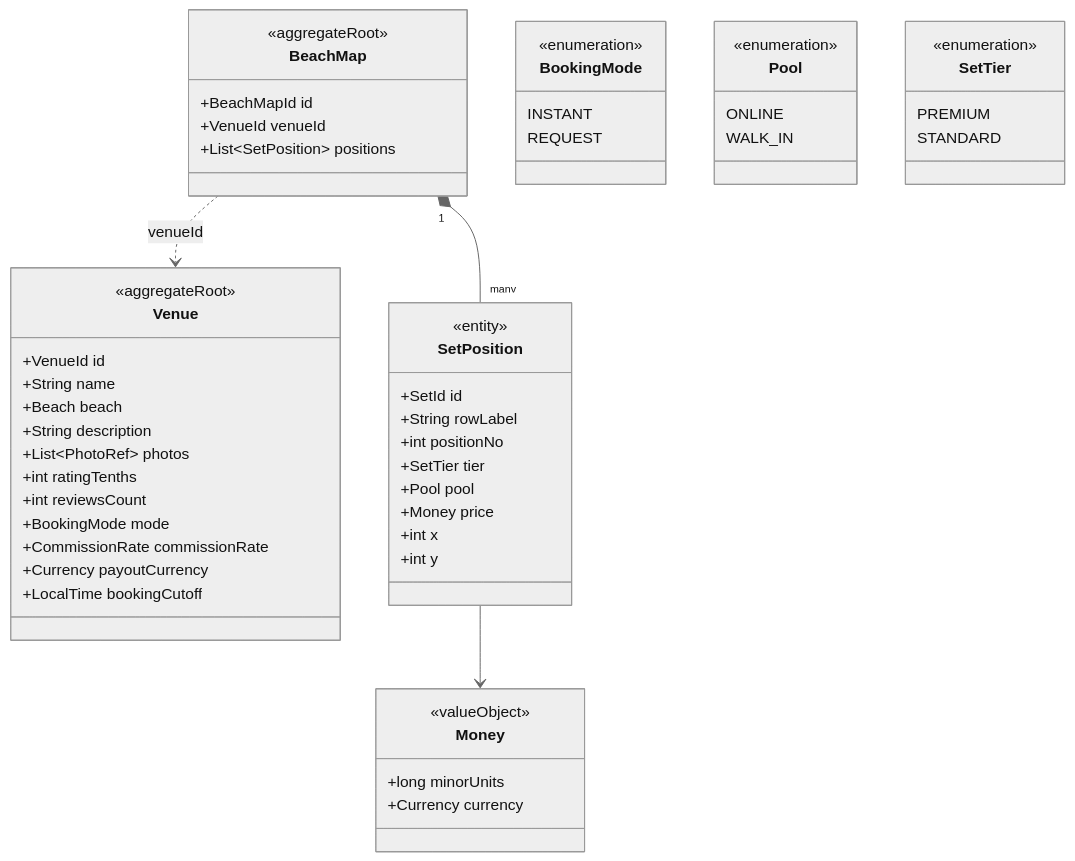
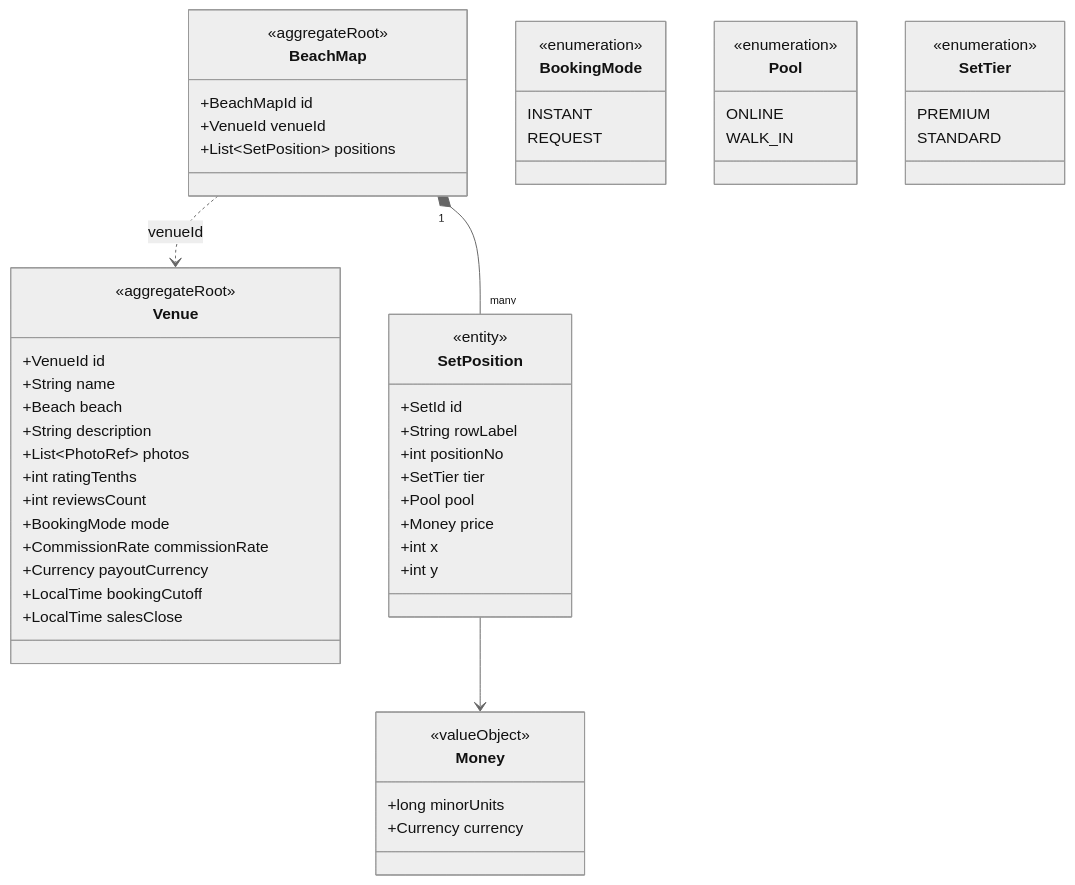
The third of 12 diagrams in docs/architecture/domain-model.md (ivopogace/riviera-sunbed-booking), drawn with Mermaid (neutral theme) before and after one commit. The commit also changed other lines of this file and 39 other files, not shown here.

First line of the commit message:
Trim the ADRs and architecture docs; fix the #901 review findings (#902)

````diff
--- a/docs/architecture/domain-model.md
+++ b/docs/architecture/domain-model.md
@@ -146,57 +143,58 @@
 ```mermaid
 classDiagram
     class Venue {
         <<aggregateRoot>>
         +VenueId id
         +String name
         +Beach beach
         +String description
         +List~PhotoRef~ photos
         +int ratingTenths
         +int reviewsCount
         +BookingMode mode
         +CommissionRate commissionRate
         +Currency payoutCurrency
         +LocalTime bookingCutoff
+        +LocalTime salesClose
     }
     class BeachMap {
         <<aggregateRoot>>
         +BeachMapId id
         +VenueId venueId
         +List~SetPosition~ positions
     }
     class SetPosition {
         <<entity>>
         +SetId id
         +String rowLabel
         +int positionNo
         +SetTier tier
         +Pool pool
         +Money price
         +int x
         +int y
     }
     class Money {
         <<valueObject>>
         +long minorUnits
         +Currency currency
     }
     class BookingMode {
         <<enumeration>>
         INSTANT
         REQUEST
     }
     class Pool {
         <<enumeration>>
         ONLINE
         WALK_IN
     }
     class SetTier {
         <<enumeration>>
         PREMIUM
         STANDARD
     }
     BeachMap "1" *-- "many" SetPosition
     SetPosition --> Money
     BeachMap ..> Venue : venueId
 ```
````
